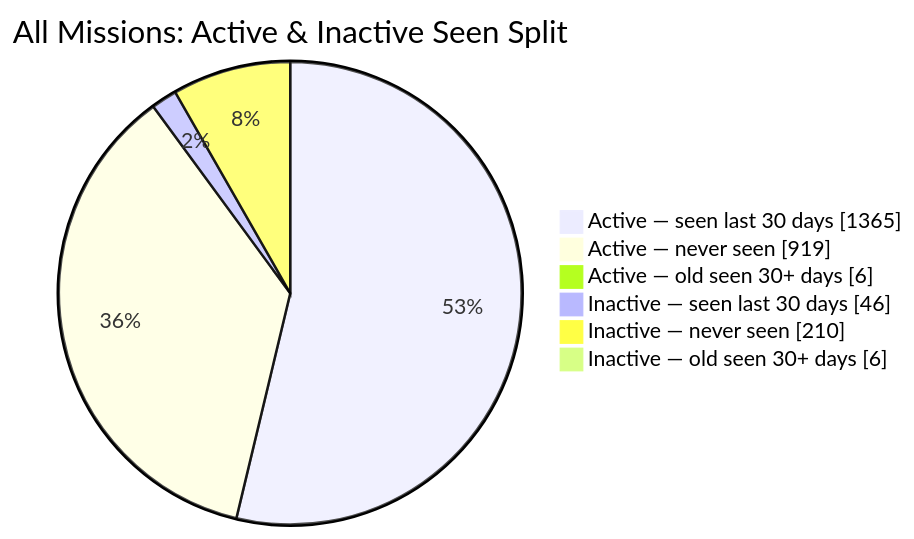
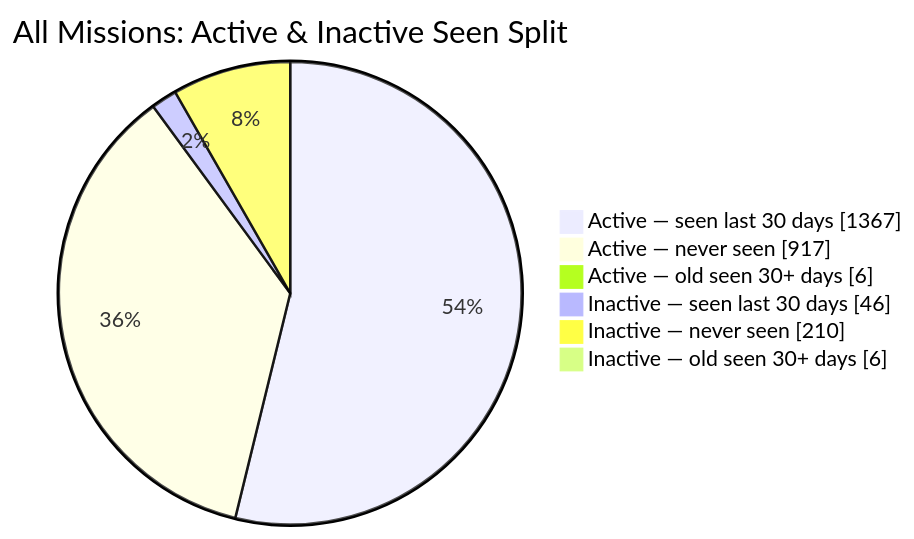
Before and after one commit to MeldkamerspelGameTeam/active-missions: the second of 2 diagrams in README.md, drawn with Mermaid. The commit also changed other lines of this file and 2 other files, not shown here.

````diff
--- a/README.md
+++ b/README.md
@@ -44,10 +44,10 @@
 ```mermaid
 pie showData
     title All Missions: Active & Inactive Seen Split
-    "Active — seen last 30 days" : 1365
-    "Active — never seen" : 919
+    "Active — seen last 30 days" : 1367
+    "Active — never seen" : 917
     "Active — old seen 30+ days" : 6
     "Inactive — seen last 30 days" : 46
     "Inactive — never seen" : 210
     "Inactive — old seen 30+ days" : 6
 ```
````
